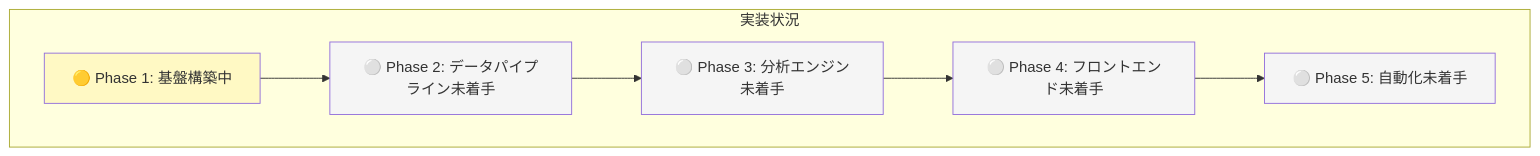
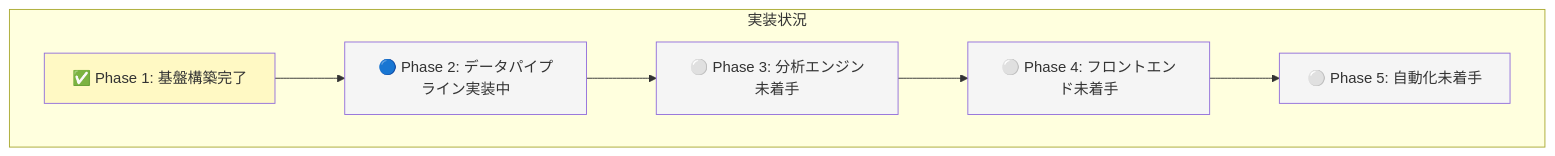
The first of 2 diagrams in docs/完全仕様書.md (J1921604/stock-analysis), drawn with Mermaid before and after one commit. The commit also changed other lines of this file, not shown here.

Commit message:
docs: 完全仕様書の実装状況を更新 (Phase 1完了  Phase 2実装中)
変更内容:
- ステータス: Phase 1 実装中  Phase 2 実装中
- Mermaid図: Phase 1を✅完了、Phase 2を🔵実装中に変更
- 最終更新日: 2025年11月25日 (統一済み)

実装状況:
✅ Phase 1: 基盤構築完了
  - Python環境、Git LFS、SQLiteスキーマ
  - init_db.py (3社登録済み)
  - テストスイート (41/41 passing)

🔵 Phase 2: データパイプライン実装中
  - fetch_xbrl.py (EDINET API v2)
  - fetch_prices.py (yfinance)
  - parse_xbrl.py (lxml)
  - テスト完備 (100% coverage)

⚪ Phase 3-5: 未着手
  - US1: 日次自動データ更新
  - US2: ブラウザダッシュボード
  - US3: 電力業界特化指標
  - US4: 異常値検知 + Issue通知

参照: tasks.md (83タスク定義済み)

````diff
--- a/docs/完全仕様書.md
+++ b/docs/完全仕様書.md
@@ -19,21 +19,21 @@
 ```mermaid
 flowchart TB
   subgraph Implementation["実装状況"]
-    B1[🟡 Phase 1: 基盤構築中]
-    B2[⚪ Phase 2: データパイプライン未着手]
+    B1[✅ Phase 1: 基盤構築完了]
+    B2[🔵 Phase 2: データパイプライン実装中]
     B3[⚪ Phase 3: 分析エンジン未着手]
     B4[⚪ Phase 4: フロントエンド未着手]
     B5[⚪ Phase 5: 自動化未着手]
   end
     
   B1 --> B2
   B2 --> B3
   B3 --> B4
   B4 --> B5
     
   style B1 fill:#fff9c4
   style B2 fill:#f5f5f5
   style B3 fill:#f5f5f5
   style B4 fill:#f5f5f5
   style B5 fill:#f5f5f5
 ```
````
